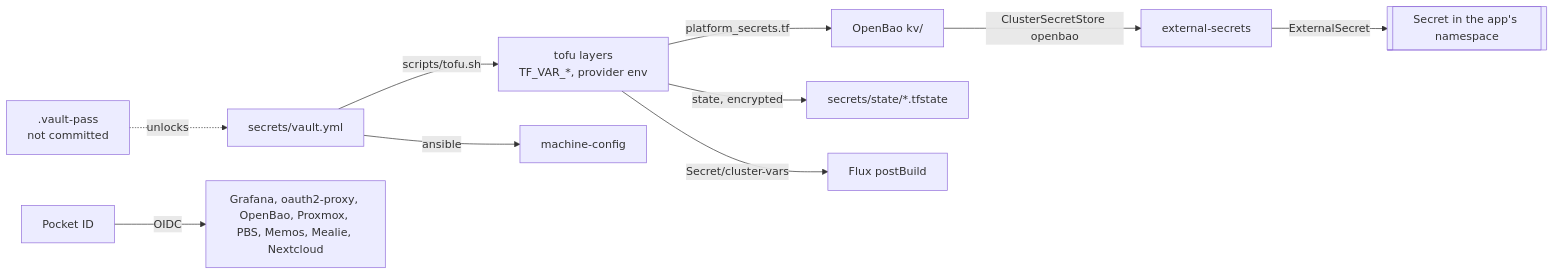
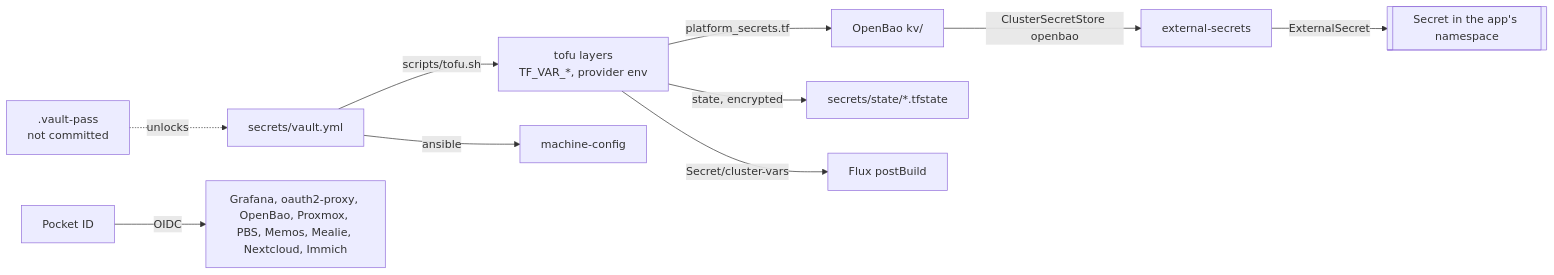
The diagram in docs/src/access.md (Sojamann/homelab), drawn with Mermaid before and after one commit. The commit also changed other lines of this file and 19 other files, not shown here.

````diff
--- a/docs/src/access.md
+++ b/docs/src/access.md
@@ -13,12 +13,12 @@
 ```mermaid
 graph LR
   VP[".vault-pass<br/>not committed"] -.->|unlocks| V["secrets/vault.yml"]
   V -->|scripts/tofu.sh| L["tofu layers<br/>TF_VAR_*, provider env"]
   V -->|ansible| MC["machine-config"]
   L -->|platform_secrets.tf| BAO["OpenBao kv/"]
   L -->|state, encrypted| ST["secrets/state/*.tfstate"]
   L -->|Secret/cluster-vars| FLUX["Flux postBuild"]
   BAO -->|ClusterSecretStore openbao| ESO["external-secrets"]
   ESO -->|ExternalSecret| S[["Secret in the app's namespace"]]
-  PID["Pocket ID"] -->|OIDC| PEOPLE["Grafana, oauth2-proxy, OpenBao, Proxmox, PBS, Memos, Mealie, Nextcloud"]
+  PID["Pocket ID"] -->|OIDC| PEOPLE["Grafana, oauth2-proxy, OpenBao, Proxmox, PBS, Memos, Mealie, Nextcloud, Immich"]
 ```
````
